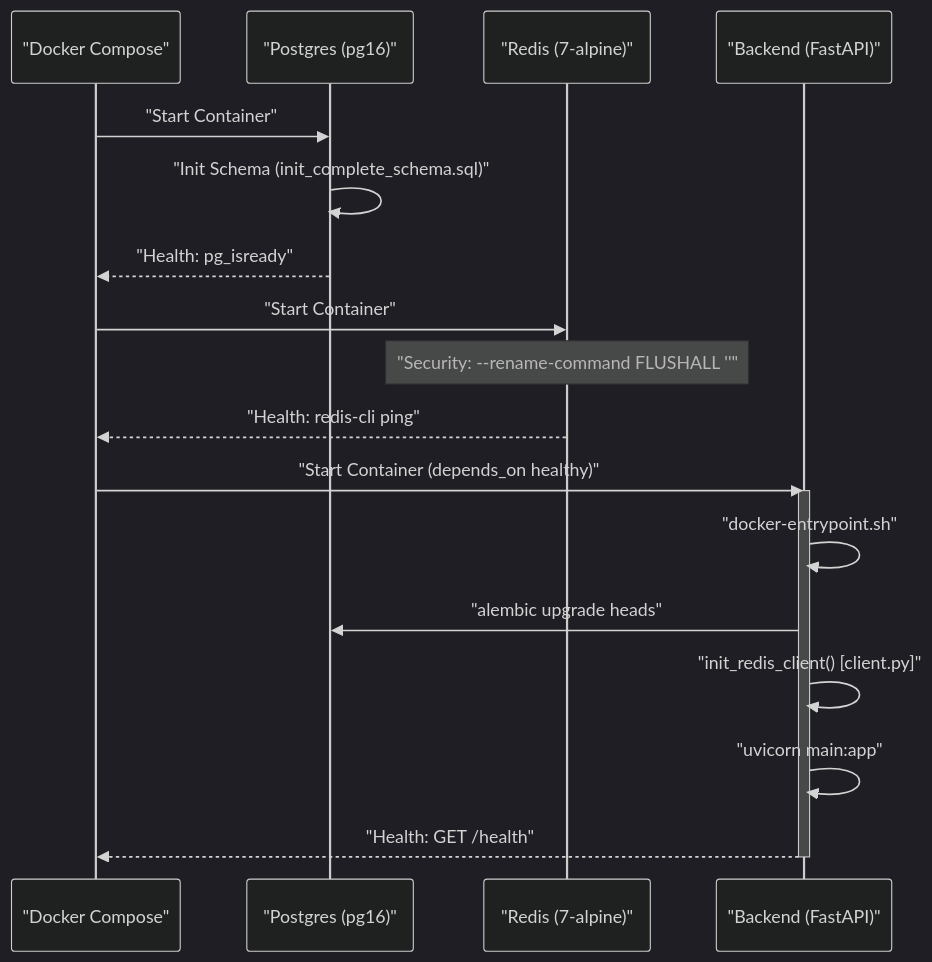
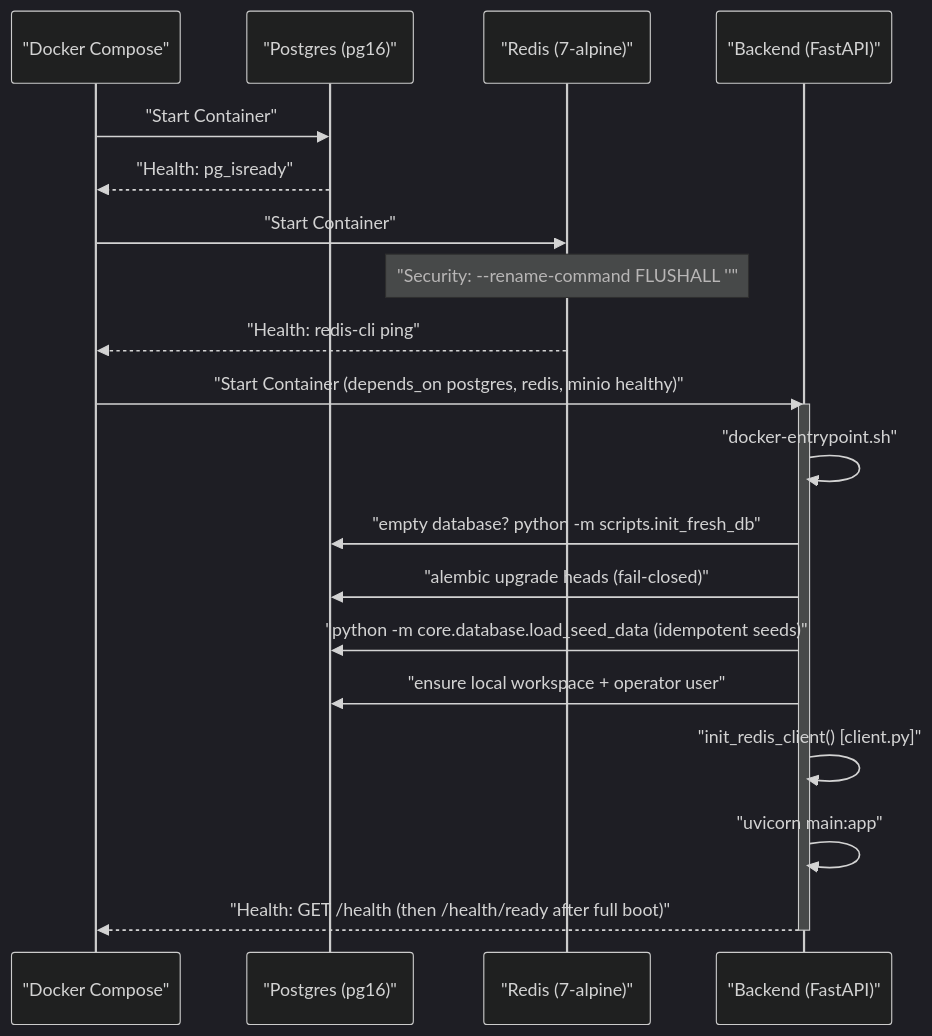
Before and after one commit to AutomatosAI/automatos-ai: the second of 2 diagrams in docs/getting-started/installation-setup.md, drawn with Mermaid (dark theme). The commit also changed other lines of this file and 185 other files, not shown here.

First line of the commit message:
PRD-209: Open-core Phase 0 — fresh-clone boot + honest CI (#650)

````diff
--- a/docs/getting-started/installation-setup.md
+++ b/docs/getting-started/installation-setup.md
@@ -121,24 +127,26 @@
 ```mermaid
 sequenceDiagram
     participant DC as "Docker Compose"
     participant PG as "Postgres (pg16)"
     participant RD as "Redis (7-alpine)"
     participant BE as "Backend (FastAPI)"
     
     DC->>PG: "Start Container"
-    PG->>PG: "Init Schema (init_complete_schema.sql)"
     PG-->>DC: "Health: pg_isready"
     
     DC->>RD: "Start Container"
     Note over RD: "Security: --rename-command FLUSHALL ''"
     RD-->>DC: "Health: redis-cli ping"
     
-    DC->>BE: "Start Container (depends_on healthy)"
+    DC->>BE: "Start Container (depends_on postgres, redis, minio healthy)"
     activate BE
     BE->>BE: "docker-entrypoint.sh"
-    BE->>PG: "alembic upgrade heads"
+    BE->>PG: "empty database? python -m scripts.init_fresh_db"
+    BE->>PG: "alembic upgrade heads (fail-closed)"
+    BE->>PG: "python -m core.database.load_seed_data (idempotent seeds)"
+    BE->>PG: "ensure local workspace + operator user"
     BE->>BE: "init_redis_client() [client.py]"
     BE->>BE: "uvicorn main:app"
-    BE-->>DC: "Health: GET /health"
+    BE-->>DC: "Health: GET /health (then /health/ready after full boot)"
     deactivate BE
 ```
````
